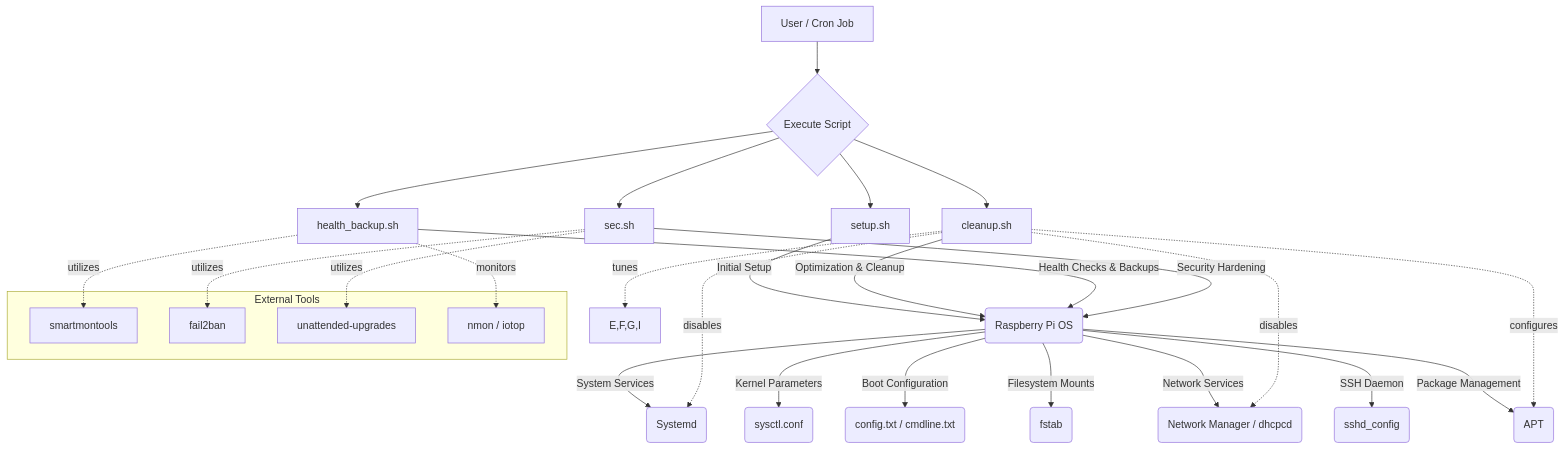
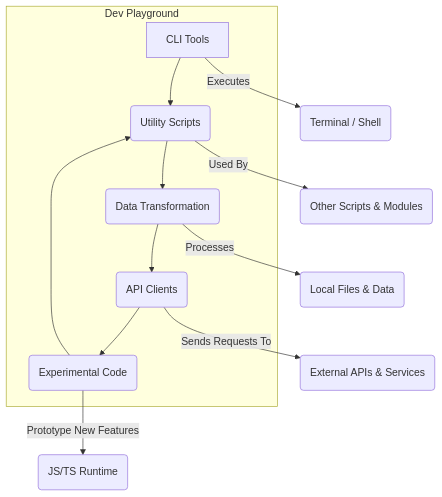
Before and after one commit to WomB0ComB0/js-testing: the diagram in README.md, drawn with Mermaid. The commit also changed other lines of this file, not shown here.

````diff
--- a/README.md
+++ b/README.md
@@ -128,36 +163,21 @@
 ```mermaid
 graph TD
-    A[User / Cron Job] --> B{Execute Script}
-
-    B --> C1[setup.sh]
-    B --> C2[cleanup.sh]
-    B --> C3[health_backup.sh]
-    B --> C4[sec.sh]
-
-    C1 -- Initial Setup --> R(Raspberry Pi OS)
-    C2 -- Optimization & Cleanup --> R
-    C3 -- Health Checks & Backups --> R
-    C4 -- Security Hardening --> R
-
-    R -- System Services --> D(Systemd)
-    R -- Kernel Parameters --> E(sysctl.conf)
-    R -- Boot Configuration --> F(config.txt / cmdline.txt)
-    R -- Filesystem Mounts --> G(fstab)
-    R -- Network Services --> H(Network Manager / dhcpcd)
-    R -- SSH Daemon --> I(sshd_config)
-    R -- Package Management --> J(APT)
-
-    subgraph External Tools
-        K[smartmontools]
-        L[fail2ban]
-        M[unattended-upgrades]
-        N[nmon / iotop]
+    subgraph Dev Playground
+        A[CLI Tools] --> B(Utility Scripts)
+        B --> C(Data Transformation)
+        C --> D(API Clients)
+        D --> E(Experimental Code)
+        E --> B
     end
 
-    C3 -. utilizes .-> K
-    C4 -. utilizes .-> L & M
-    C2 -. configures .-> J
-    C2 -. tunes .-> E,F,G,I
-    C2 -. disables .-> H & D
-    C3 -. monitors .-> N
+    A -- "Executes" --> Terminal(Terminal / Shell)
+    D -- "Sends Requests To" --> ExternalAPIs(External APIs & Services)
+    C -- "Processes" --> LocalFiles(Local Files & Data)
+    B -- "Used By" --> OtherScripts(Other Scripts & Modules)
+    E -- "Prototype New Features" --> Runtime(JS/TS Runtime)
+
+    click Terminal "https://en.wikipedia.org/wiki/Command-line_interface" "CLI Wikipedia"
+    click ExternalAPIs "https://www.programmableweb.com/category/all/apis" "Explore APIs"
+    click LocalFiles "https://en.wikipedia.org/wiki/File_system" "File System Concepts"
+    click Runtime "https://nodejs.org/" "Node.js Website"
 ```
````
